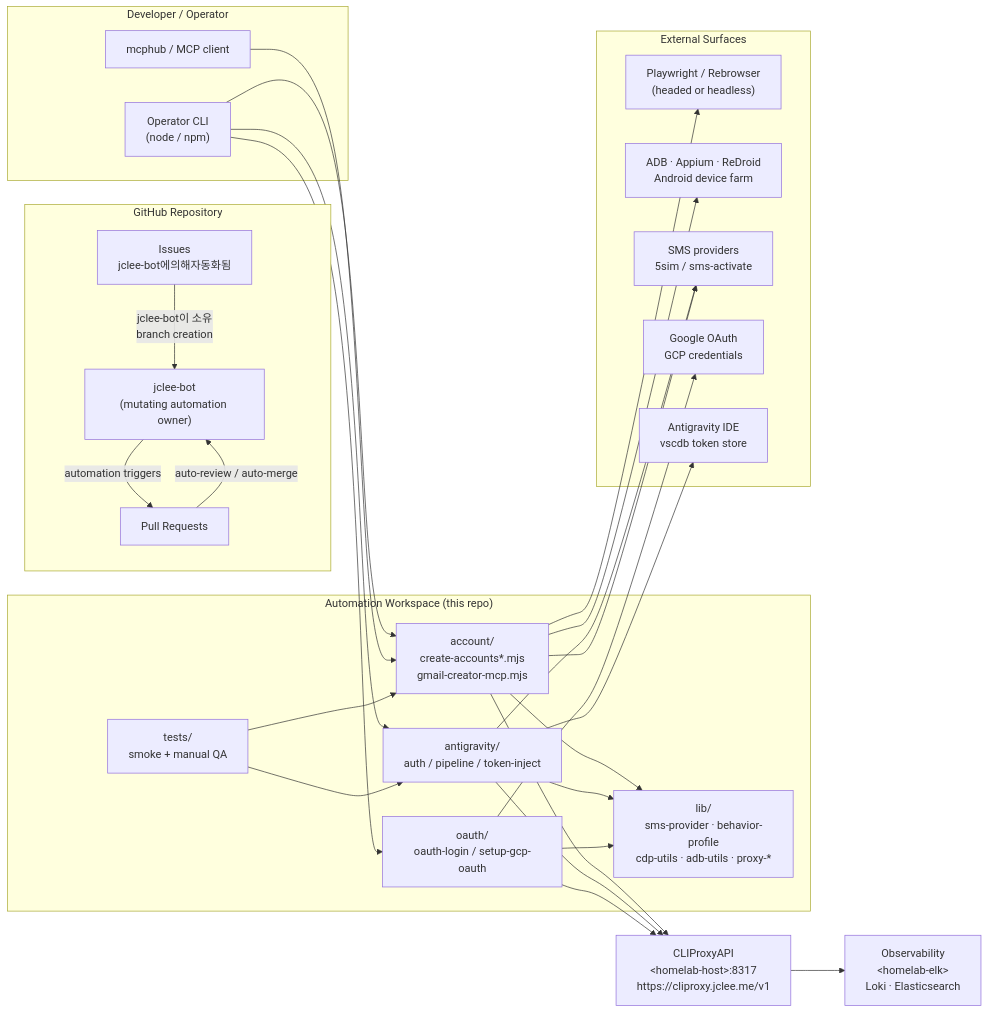
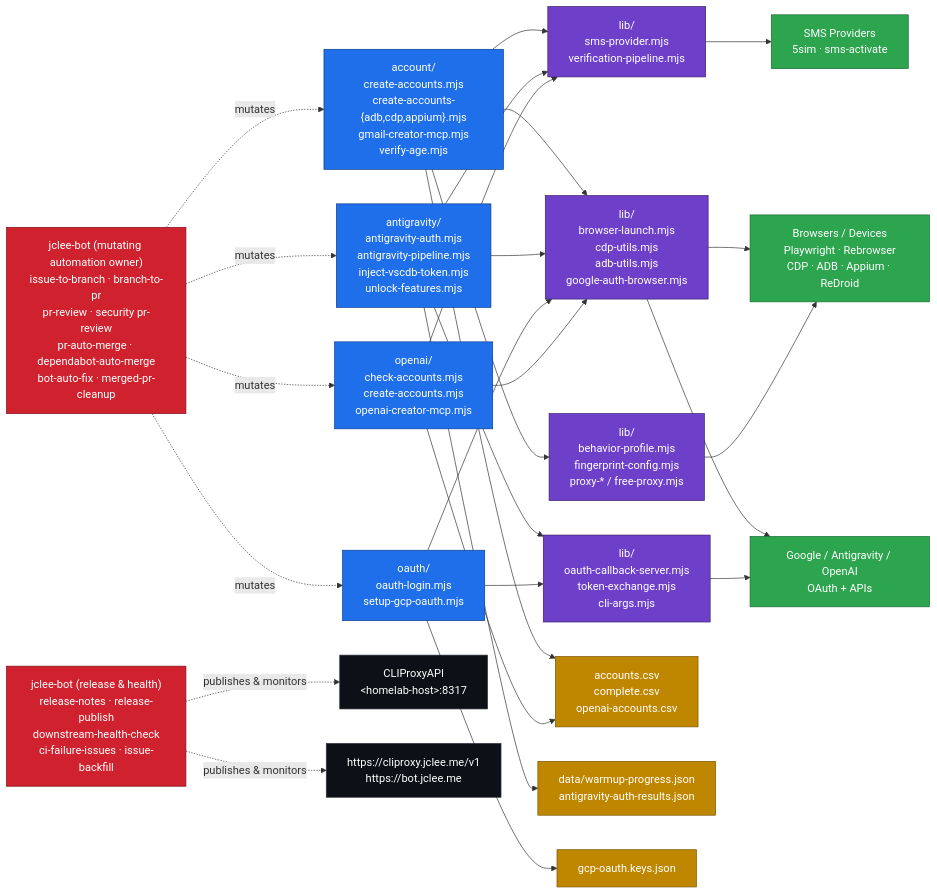
The diagram in README.md (jclee941/account), drawn with Mermaid before and after one commit. The commit also changed other lines of this file, not shown here.

Commit message:
docs: auto-update README.md (#356)

````diff
--- a/README.md
+++ b/README.md
@@ -47,55 +42,62 @@
 ```mermaid
 flowchart LR
-    subgraph Dev["Developer / Operator"]
-        Op["Operator CLI<br/>(node / npm)"]
-        MCP["mcphub / MCP client"]
-    end
+    classDef script fill:#1f6feb,stroke:#0b3d91,color:#ffffff;
+    classDef lib fill:#6e40c9,stroke:#3a1f6b,color:#ffffff;
+    classDef ext fill:#2da44e,stroke:#1a6b32,color:#ffffff;
+    classDef store fill:#bf8700,stroke:#7a5600,color:#ffffff;
+    classDef bot fill:#cf222e,stroke:#7a0f1a,color:#ffffff;
+    classDef cloud fill:#0d1117,stroke:#30363d,color:#ffffff;
 
-    subgraph Repo["GitHub Repository"]
-        Issues["Issues<br/>jclee-bot에의해자동화됨"]
-        PRs["Pull Requests"]
-        Bot["jclee-bot<br/>(mutating automation owner)"]
-    end
+    S1["account/<br/>create-accounts.mjs<br/>create-accounts-{adb,cdp,appium}.mjs<br/>gmail-creator-mcp.mjs<br/>verify-age.mjs"]:::script
+    S2["antigravity/<br/>antigravity-auth.mjs<br/>antigravity-pipeline.mjs<br/>inject-vscdb-token.mjs<br/>unlock-features.mjs"]:::script
+    S3["oauth/<br/>oauth-login.mjs<br/>setup-gcp-oauth.mjs"]:::script
+    S4["openai/<br/>check-accounts.mjs<br/>create-accounts.mjs<br/>openai-creator-mcp.mjs"]:::script
 
-    subgraph WS["Automation Workspace (this repo)"]
-        Acct["account/<br/>create-accounts*.mjs<br/>gmail-creator-mcp.mjs"]
-        Anti["antigravity/<br/>auth / pipeline / token-inject"]
-        Oauth["oauth/<br/>oauth-login / setup-gcp-oauth"]
-        Lib["lib/<br/>sms-provider · behavior-profile<br/>cdp-utils · adb-utils · proxy-*"]
-        Tests["tests/<br/>smoke + manual QA"]
-    end
+    L1["lib/<br/>sms-provider.mjs<br/>verification-pipeline.mjs"]:::lib
+    L2["lib/<br/>browser-launch.mjs<br/>cdp-utils.mjs<br/>adb-utils.mjs<br/>google-auth-browser.mjs"]:::lib
+    L3["lib/<br/>behavior-profile.mjs<br/>fingerprint-config.mjs<br/>proxy-* / free-proxy.mjs"]:::lib
+    L4["lib/<br/>oauth-callback-server.mjs<br/>token-exchange.mjs<br/>cli-args.mjs"]:::lib
 
-    subgraph Ext["External Surfaces"]
-        Browser["Playwright / Rebrowser<br/>(headed or headless)"]
-        ADB["ADB · Appium · ReDroid<br/>Android device farm"]
-        SMS["SMS providers<br/>5sim / sms-activate"]
-        GCP["Google OAuth<br/>GCP credentials"]
-        Antigravity["Antigravity IDE<br/>vscdb token store"]
-    end
+    E1["SMS Providers<br/>5sim · sms-activate"]:::ext
+    E2["Browsers / Devices<br/>Playwright · Rebrowser<br/>CDP · ADB · Appium · ReDroid"]:::ext
+    E3["Google / Antigravity / OpenAI<br/>OAuth + APIs"]:::ext
 
-    Proxy["CLIProxyAPI<br/>&lt;homelab-host&gt;:8317<br/>https://cliproxy.jclee.me/v1"]
-    ELK["Observability<br/>&lt;homelab-elk&gt;<br/>Loki · Elasticsearch"]
+    D1["accounts.csv<br/>complete.csv<br/>openai-accounts.csv"]:::store
+    D2["data/warmup-progress.json<br/>antigravity-auth-results.json"]:::store
+    D3["gcp-oauth.keys.json"]:::store
 
-    Op --> Acct
-    Op --> Anti
-    Op --> Oauth
-    MCP --> Acct
-    Issues -- "jclee-bot이 소유<br/>branch creation" --> Bot
-    Bot -- "automation triggers" --> PRs
-    PRs -- "auto-review / auto-merge" --> Bot
-    Acct --> Lib
-    Anti --> Lib
-    Oauth --> Lib
-    Acct --> Browser
-    Anti --> Antigravity
-    Acct --> ADB
-    Anti --> SMS
-    Acct --> SMS
-    Oauth --> GCP
-    Acct --> Proxy
-    Anti --> Proxy
-    Oauth --> Proxy
-    Proxy --> ELK
-    Tests --> Acct
-    Tests --> Anti
+    B1["jclee-bot (mutating automation owner)<br/>issue-to-branch · branch-to-pr<br/>pr-review · security pr-review<br/>pr-auto-merge · dependabot-auto-merge<br/>bot-auto-fix · merged-pr-cleanup"]:::bot
+    B2["jclee-bot (release &amp; health)<br/>release-notes · release-publish<br/>downstream-health-check<br/>ci-failure-issues · issue-backfill"]:::bot
+
+    C1["CLIProxyAPI<br/>&lt;homelab-host&gt;:8317"]:::cloud
+    C2["https://cliproxy.jclee.me/v1<br/>https://bot.jclee.me"]:::cloud
+
+    S1 --> L1
+    S1 --> L2
+    S1 --> L3
+    S2 --> L1
+    S2 --> L2
+    S2 --> L4
+    S3 --> L4
+    S3 --> L2
+    S4 --> L1
+    S4 --> L2
+
+    L1 --> E1
+    L2 --> E2
+    L2 --> E3
+    L3 --> E2
+    L4 --> E3
+
+    S1 --> D1
+    S2 --> D2
+    S3 --> D3
+    S4 --> D1
+
+    B1 -.mutates.-> S1
+    B1 -.mutates.-> S2
+    B1 -.mutates.-> S3
+    B1 -.mutates.-> S4
+    B2 -.publishes &amp; monitors.-> C1
+    B2 -.publishes &amp; monitors.-> C2
 ```
````
